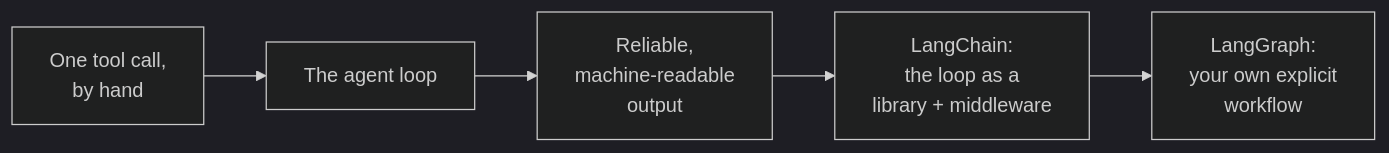
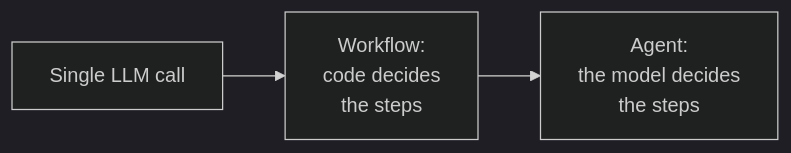
One commit to shubamchaudhary/CodeNITW changed the second of 7 diagrams in src/Data/aiStackDocs/CH-05.md. Above: the diagram before and after it, drawn with Mermaid (dark theme). The commit also changed other lines of this file and 52 other files, not shown here.

````diff
--- a/src/Data/aiStackDocs/CH-05.md
+++ b/src/Data/aiStackDocs/CH-05.md
@@ -7,7 +30,5 @@
 ```mermaid
 flowchart LR
-    A["One tool call,<br/>by hand"] --> B["The agent loop"]
-    B --> C["Reliable,<br/>machine-readable<br/>output"]
-    C --> D["LangChain:<br/>the loop as a<br/>library + middleware"]
-    D --> E["LangGraph:<br/>your own explicit<br/>workflow"]
+    A["Single LLM call"] --> B["Workflow:<br/>code decides<br/>the steps"]
+    B --> C["Agent:<br/>the model decides<br/>the steps"]
 ```
````
